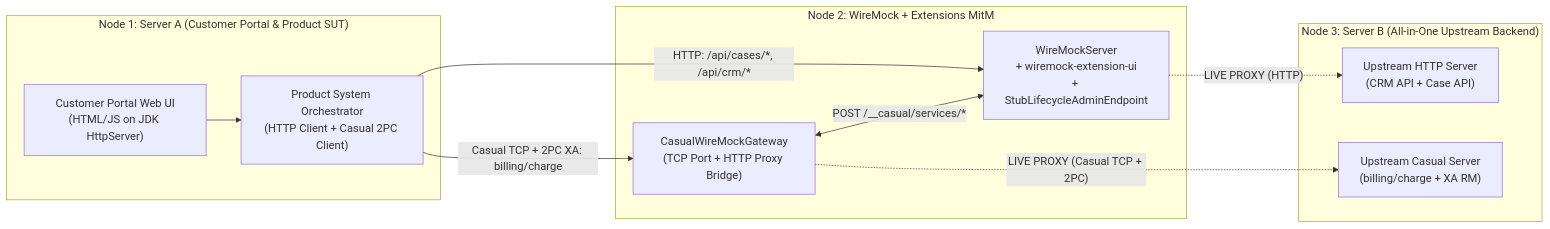
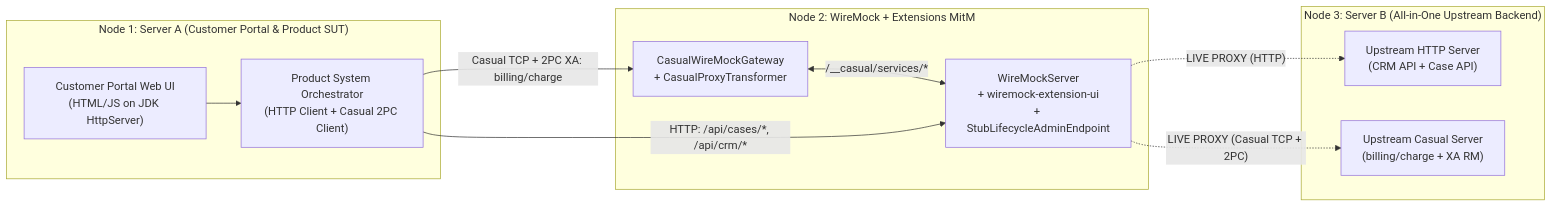
One commit to mattiasgreen/wiremock-extensions changed the diagram in docs/spec/banking-progressive-simulation-plan.md. Above: the diagram before and after it, drawn with Mermaid. The commit also changed other lines of this file, not shown here.

Commit message:
docs(spec): refine Casual in-process proxy transformer and protocol-native journal badges

````diff
--- a/docs/spec/banking-progressive-simulation-plan.md
+++ b/docs/spec/banking-progressive-simulation-plan.md
@@ -9,24 +9,24 @@
 ```mermaid
 flowchart LR
     subgraph Node1["Node 1: Server A (Customer Portal & Product SUT)"]
         UI["Customer Portal Web UI<br/>(HTML/JS on JDK HttpServer)"]
         Orch["Product System Orchestrator<br/>(HTTP Client + Casual 2PC Client)"]
         UI --> Orch
     end
 
     subgraph Node2["Node 2: WireMock + Extensions MitM"]
         WM["WireMockServer<br/>+ wiremock-extension-ui<br/>+ StubLifecycleAdminEndpoint"]
-        CGW["CasualWireMockGateway<br/>(TCP Port + HTTP Proxy Bridge)"]
-        CGW <-->|"POST /__casual/services/*"| WM
+        CGW["CasualWireMockGateway<br/>+ CasualProxyTransformer"]
+        CGW <-->|"/__casual/services/*"| WM
     end
 
     subgraph Node3["Node 3: Server B (All-in-One Upstream Backend)"]
         HTTP_B["Upstream HTTP Server<br/>(CRM API + Case API)"]
         CAS_B["Upstream Casual Server<br/>(billing/charge + XA RM)"]
     end
 
     Orch -->|"HTTP: /api/cases/*, /api/crm/*"| WM
     Orch -->|"Casual TCP + 2PC XA: billing/charge"| CGW
     WM -.->|"LIVE PROXY (HTTP)"| HTTP_B
-    CGW -.->|"LIVE PROXY (Casual TCP + 2PC)"| CAS_B
+    WM -.->|"LIVE PROXY (Casual TCP + 2PC)"| CAS_B
 ```
````
